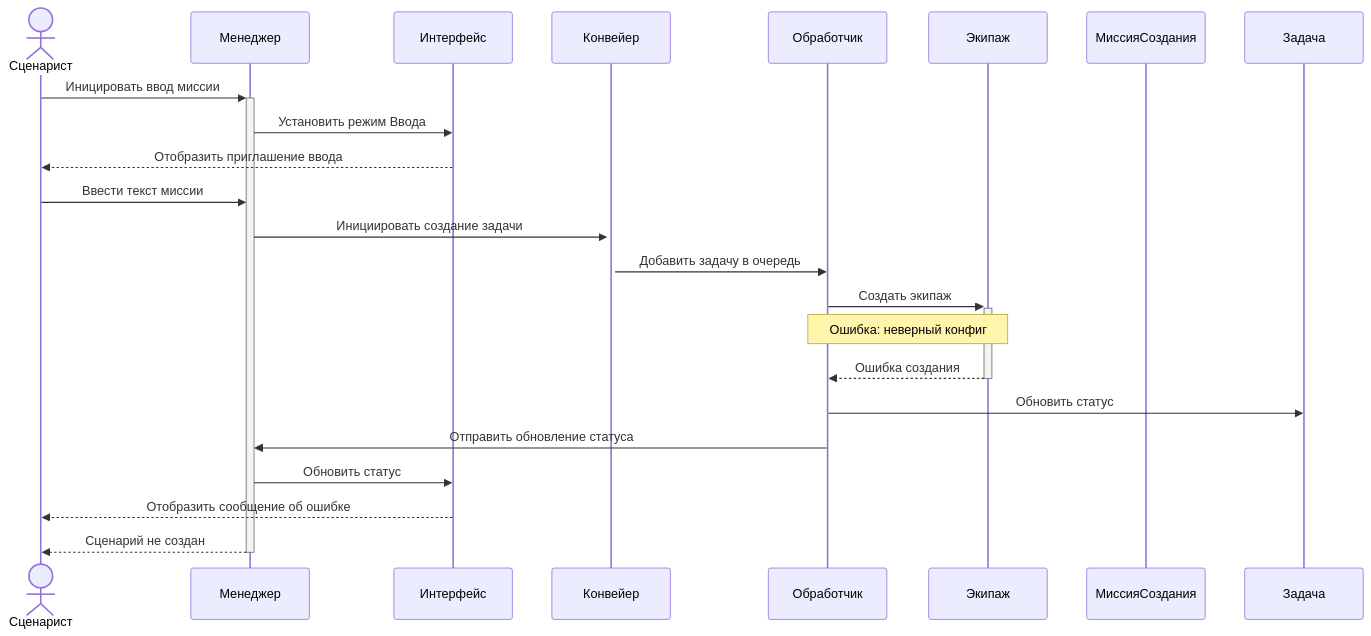
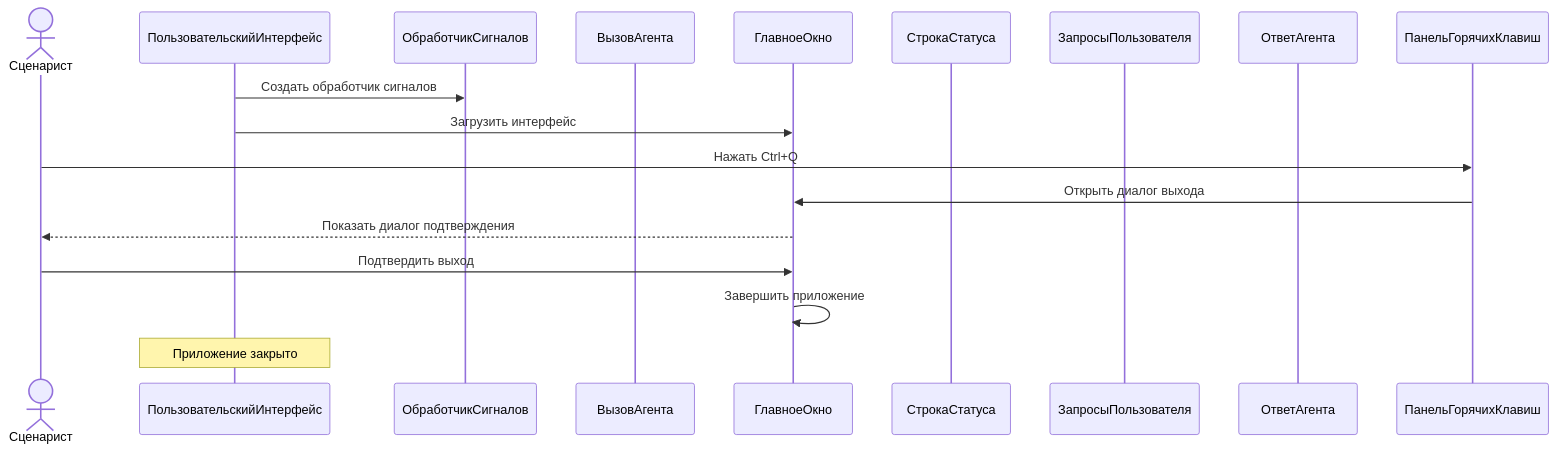
Before and after one commit to CHSU-scenarAIst/diagrammy: the third of 3 diagrams in Пакет Интерфейс пользователя/2. Диаграмма последовательностей взаимодействия объектов классов пакета.md, drawn with Mermaid. The commit also changed other lines of this file and 13 other files, not shown here.

````diff
--- a/Пакет Интерфейс пользователя/2. Диаграмма последовательностей взаимодействия объектов классов пакета.md
+++ b/Пакет Интерфейс пользователя/2. Диаграмма последовательностей взаимодействия объектов классов пакета.md
@@ -36,26 +76,21 @@
 ```mermaid
 sequenceDiagram
-    actor Сценарист as Сценарист
-    participant Менеджер as Менеджер
-    participant Интерфейс as Интерфейс
-    participant Конвейер as Конвейер
-    participant Обработчик as Обработчик
-    participant Экипаж as Экипаж
-    participant МиссияСоздания as МиссияСоздания
-    participant Задача as Задача
+    actor Сценарист
+    participant ПользовательскийИнтерфейс
+    participant ОбработчикСигналов
+    participant ВызовАгента
+    participant ГлавноеОкно
+    participant СтрокаСтатуса
+    participant ЗапросыПользователя
+    participant ОтветАгента
+    participant ПанельГорячихКлавиш
 
-    Сценарист->>+Менеджер: Иницировать ввод миссии
-    Менеджер->>Интерфейс: Установить режим Ввода
-    Интерфейс-->>Сценарист: Отобразить приглашение ввода
-    Сценарист->>Менеджер: Ввести текст миссии
-    Менеджер->>+Конвейер: Инициировать создание задачи
-    Конвейер->>Обработчик: Добавить задачу в очередь
-    Обработчик->>+Экипаж: Создать экипаж
-    Note over Обработчик,Экипаж: Ошибка: неверный конфиг
-    Экипаж-->>-Обработчик: Ошибка создания
-    Обработчик->>Задача: Обновить статус
-    Обработчик->>Менеджер: Отправить обновление статуса
-    Менеджер->>Интерфейс: Обновить статус
-    Интерфейс-->>Сценарист: Отобразить сообщение об ошибке
-    Менеджер-->>-Сценарист: Сценарий не создан
+    ПользовательскийИнтерфейс->>ОбработчикСигналов: Создать обработчик сигналов
+    ПользовательскийИнтерфейс->>ГлавноеОкно: Загрузить интерфейс
+    Сценарист->>ПанельГорячихКлавиш: Нажать Ctrl+Q
+    ПанельГорячихКлавиш->>ГлавноеОкно: Открыть диалог выхода
+    ГлавноеОкно-->>Сценарист: Показать диалог подтверждения
+    Сценарист->>ГлавноеОкно: Подтвердить выход
+    ГлавноеОкно->>ГлавноеОкно: Завершить приложение
+    Note over ПользовательскийИнтерфейс: Приложение закрыто
 ```
````
